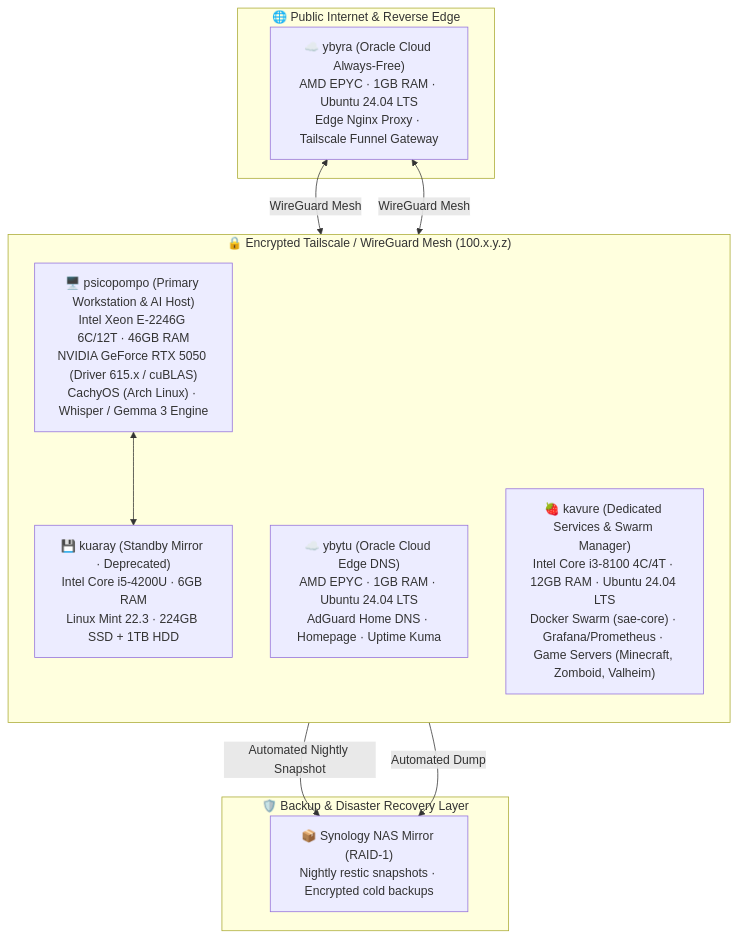
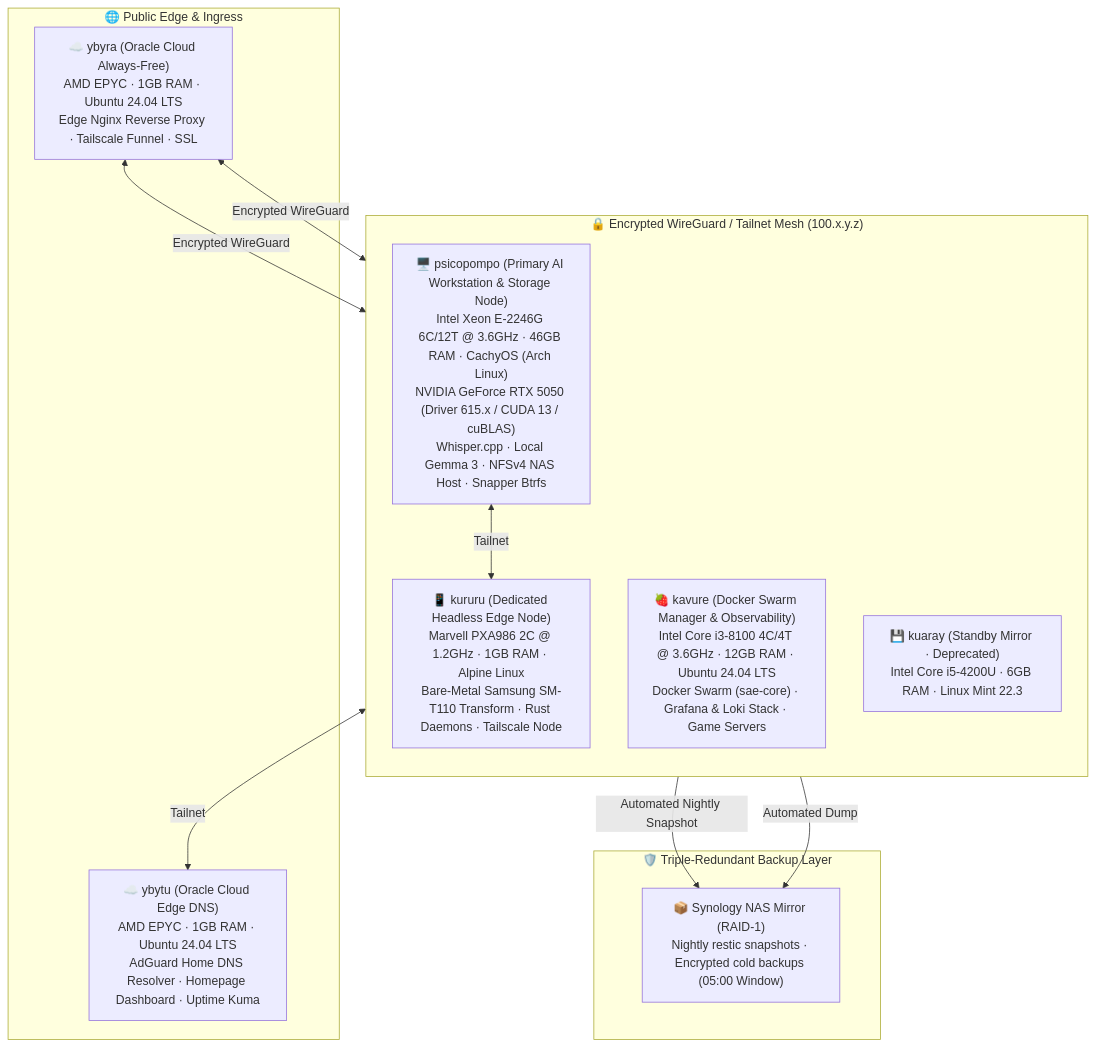
Before and after one commit to ceduardorodrig/ceduardorodrig: the second of 2 diagrams in README.md, drawn with Mermaid. The commit also changed other lines of this file and 2 other files, not shown here.

````diff
--- a/README.md
+++ b/README.md
@@ -190,28 +224,30 @@
 ```mermaid
 flowchart TD
-    subgraph WAN ["🌐 Public Internet & Reverse Edge"]
-        YBYRA["☁️ ybyra (Oracle Cloud Always-Free)<br/>AMD EPYC · 1GB RAM · Ubuntu 24.04 LTS<br/>Edge Nginx Proxy · Tailscale Funnel Gateway"]
+    subgraph WAN ["🌐 Public Edge & Ingress"]
+        YBYRA["☁️ ybyra (Oracle Cloud Always-Free)<br/>AMD EPYC · 1GB RAM · Ubuntu 24.04 LTS<br/>Edge Nginx Reverse Proxy · Tailscale Funnel · SSL"]
+        YBYTU["☁️ ybytu (Oracle Cloud Edge DNS)<br/>AMD EPYC · 1GB RAM · Ubuntu 24.04 LTS<br/>AdGuard Home DNS Resolver · Homepage Dashboard · Uptime Kuma"]
     end
 
-    subgraph MESH ["🔒 Encrypted Tailscale / WireGuard Mesh (100.x.y.z)"]
+    subgraph MESH ["🔒 Encrypted WireGuard / Tailnet Mesh (100.x.y.z)"]
         direction TB
 
-        PSICOPOMPO["🖥️ psicopompo (Primary Workstation & AI Host)<br/>Intel Xeon E-2246G 6C/12T · 46GB RAM<br/>NVIDIA GeForce RTX 5050 (Driver 615.x / cuBLAS)<br/>CachyOS (Arch Linux) · Whisper / Gemma 3 Engine"]
+        PSICOPOMPO["🖥️ psicopompo (Primary AI Workstation & Storage Node)<br/>Intel Xeon E-2246G 6C/12T @ 3.6GHz · 46GB RAM · CachyOS (Arch Linux)<br/>NVIDIA GeForce RTX 5050 (Driver 615.x / CUDA 13 / cuBLAS)<br/>Whisper.cpp · Local Gemma 3 · NFSv4 NAS Host · Snapper Btrfs"]
 
-        YBYTU["☁️ ybytu (Oracle Cloud Edge DNS)<br/>AMD EPYC · 1GB RAM · Ubuntu 24.04 LTS<br/>AdGuard Home DNS · Homepage · Uptime Kuma"]
+        KAVURE["🍓 kavure (Docker Swarm Manager & Observability)<br/>Intel Core i3-8100 4C/4T @ 3.6GHz · 12GB RAM · Ubuntu 24.04 LTS<br/>Docker Swarm (sae-core) · Grafana & Loki Stack · Game Servers"]
 
-        KAVURE["🍓 kavure (Dedicated Services & Swarm Manager)<br/>Intel Core i3-8100 4C/4T · 12GB RAM · Ubuntu 24.04 LTS<br/>Docker Swarm (sae-core) · Grafana/Prometheus · Game Servers (Minecraft, Zomboid, Valheim)"]
+        KURURU["📱 kururu (Dedicated Headless Edge Node)<br/>Marvell PXA986 2C @ 1.2GHz · 1GB RAM · Alpine Linux<br/>Bare-Metal Samsung SM-T110 Transform · Rust Daemons · Tailscale Node"]
 
-        KUARAY["💾 kuaray (Standby Mirror · Deprecated)<br/>Intel Core i5-4200U · 6GB RAM<br/>Linux Mint 22.3 · 224GB SSD + 1TB HDD"]
+        KUARAY["💾 kuaray (Standby Mirror · Deprecated)<br/>Intel Core i5-4200U · 6GB RAM · Linux Mint 22.3"]
     end
 
-    subgraph STORAGE ["🛡️ Backup & Disaster Recovery Layer"]
-        NAS["📦 Synology NAS Mirror (RAID-1)<br/>Nightly restic snapshots · Encrypted cold backups"]
+    subgraph STORAGE ["🛡️ Triple-Redundant Backup Layer"]
+        NAS["📦 Synology NAS Mirror (RAID-1)<br/>Nightly restic snapshots · Encrypted cold backups (05:00 Window)"]
     end
 
-    YBYRA <-->|WireGuard Mesh| PSICOPOMPO
-    YBYRA <-->|WireGuard Mesh| KAVURE
-    PSICOPOMPO <--> KUARAY
+    YBYRA <-->|Encrypted WireGuard| PSICOPOMPO
+    YBYRA <-->|Encrypted WireGuard| KAVURE
+    PSICOPOMPO <-->|Tailnet| KURURU
+    PSICOPOMPO <-->|Tailnet| YBYTU
     PSICOPOMPO -->|Automated Nightly Snapshot| NAS
     KAVURE -->|Automated Dump| NAS
 ```
````
